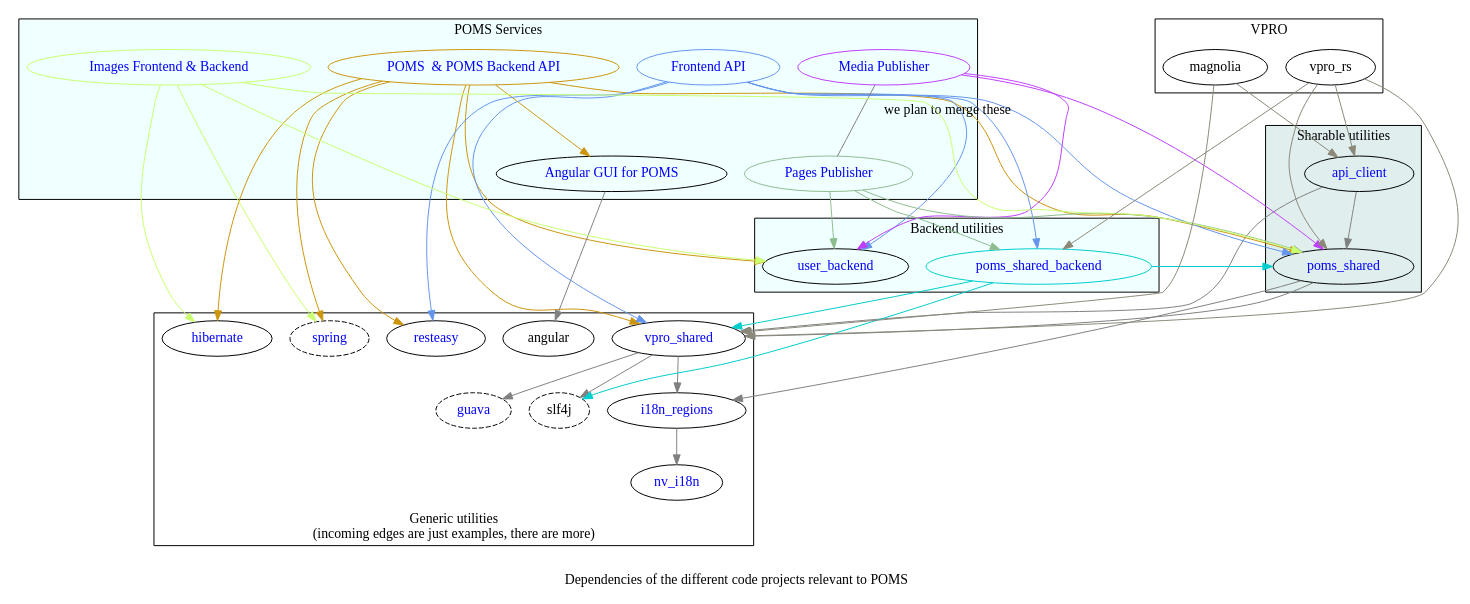
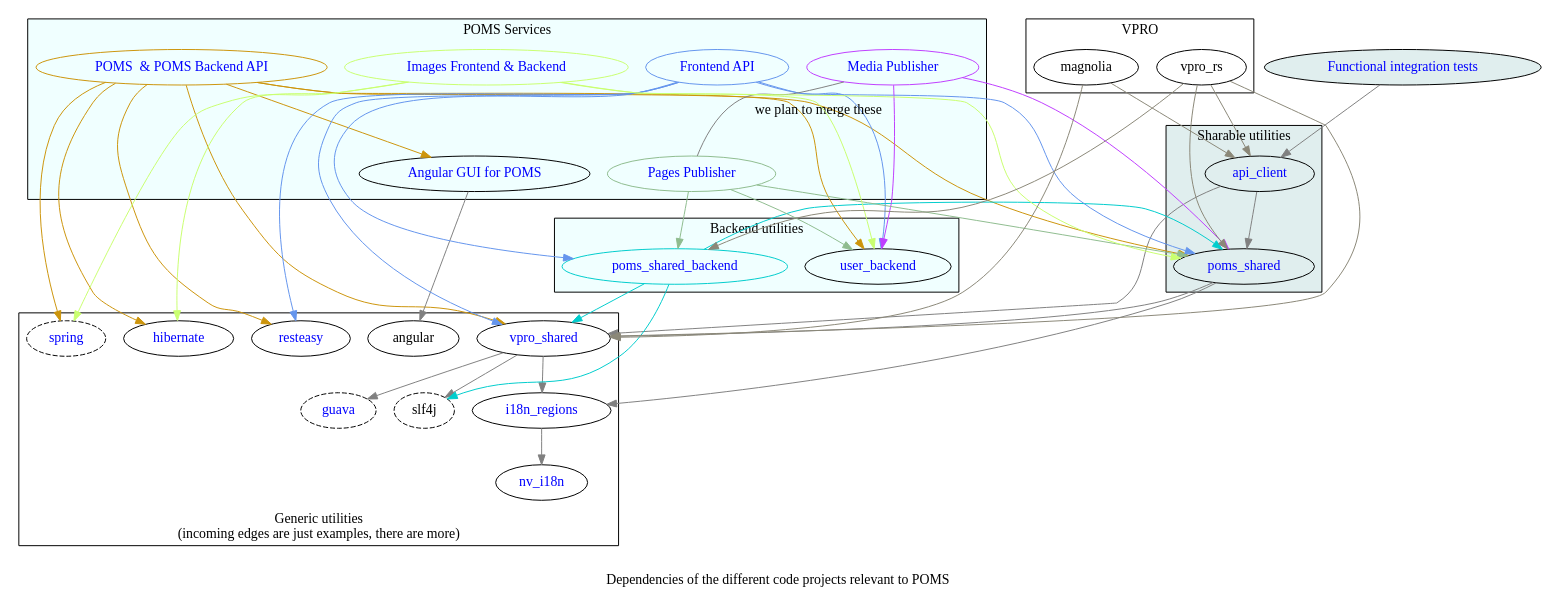
One commit to npo-poms/poms-parent changed the diagram in poms-dependencies.dot. Above: the diagram before and after it, drawn with Graphviz. The commit also changed 5 other files, not shown here.

Commit message:
Mentioned also functional tests project.

```diff
--- a/poms-dependencies.dot
+++ b/poms-dependencies.dot
@@ -38,16 +38,57 @@
      href="https://github.com/hibernate/"
      fontcolor=blue
   ]
-  api_client [ href="https://github.com/npo-poms/api-clients" fontcolor=blue ]
-  poms_backend [ label="POMS  & POMS Backend API" href="https://subversion.vpro.nl/viewvc/nl/vpro/media" fontcolor=blue color=darkgoldenrod3]
-  poms_gui [ label="Angular GUI for POMS" href="https://subversion.vpro.nl/viewvc/nl/vpro/media-gui" fontcolor=blue ]
-  poms_shared_backend [ href="https://subversion.vpro.nl/viewvc/nl/publiekeomroep/poms-shared-backend/" fontcolor=blue color=cyan3 ]
-  api [ label="Frontend API" href="https://subversion.vpro.nl/viewvc/nl/vpro/api/" fontcolor=blue color=cornflowerblue]
-  media_publish [ label="Media Publisher" href="https://subversion.vpro.nl/viewvc/nl/publiekeomroep/npo-publish/" fontcolor=blue color=darkorchid1]
-  pages_publish [ label="Pages Publisher" href="https://subversion.vpro.nl/viewvc/nl/vpro/pages-publish/" fontcolor=blue color=darkseagreen ]
-  user_backend [ href="https://subversion.vpro.nl/repo/nl/vpro/user" fontcolor=blue ]
-  images [ label="Images Frontend & Backend" href="https://subversion.vpro.nl/viewvc/nl/vpro/images/" fontcolor=blue color=darkolivegreen1 ]
-
+  api_client [
+    href="https://github.com/npo-poms/api-clients"
+    fontcolor=blue
+  ]
+  poms_backend [
+    label="POMS  & POMS Backend API"
+    href="https://subversion.vpro.nl/viewvc/nl/vpro/media"
+    fontcolor=blue color=darkgoldenrod3
+  ]
+  poms_gui [
+    label="Angular GUI for POMS"
+    href="https://subversion.vpro.nl/viewvc/nl/vpro/media-gui"
+    fontcolor=blue
+  ]
+  poms_shared_backend [
+    href="https://subversion.vpro.nl/viewvc/nl/publiekeomroep/poms-shared-backend/"
+   fontcolor=blue color=cyan3
+  ]
+  api [
+     label="Frontend API"
+     href="https://subversion.vpro.nl/viewvc/nl/vpro/api/"
+     fontcolor=blue color=cornflowerblue
+  ]
+  media_publish [
+    label="Media Publisher"
+    href="https://subversion.vpro.nl/viewvc/nl/publiekeomroep/npo-publish/"
+    fontcolor=blue
+    color=darkorchid1
+  ]
+  pages_publish [
+    label="Pages Publisher"
+    href="https://subversion.vpro.nl/viewvc/nl/vpro/pages-publish/"
+    fontcolor=blue color=darkseagreen
+  ]
+  user_backend [
+    href="https://subversion.vpro.nl/repo/nl/vpro/user"
+    fontcolor=blue
+  ]
+  images [
+    label="Images Frontend & Backend"
+    href="https://subversion.vpro.nl/viewvc/nl/vpro/images/"
+    fontcolor=blue color=darkolivegreen1
+  ]
+  functional_tests [
+    label="Functional integration tests"
+    href="https://github.com/npo-poms/functional-tests"
+    fontcolor=blue
+    color=black
+    fillcolor=azure2
+    style=filled
+  ]
 
 
   label="
@@ -184,7 +225,11 @@
     vpro_shared
     user_backend
   }[color=darkgoldenrod3]
-  poms_gui -> angular
+  poms_gui -> {
+    angular
+   }
+
+  functional_tests -> api_client
 
 
 }
```
